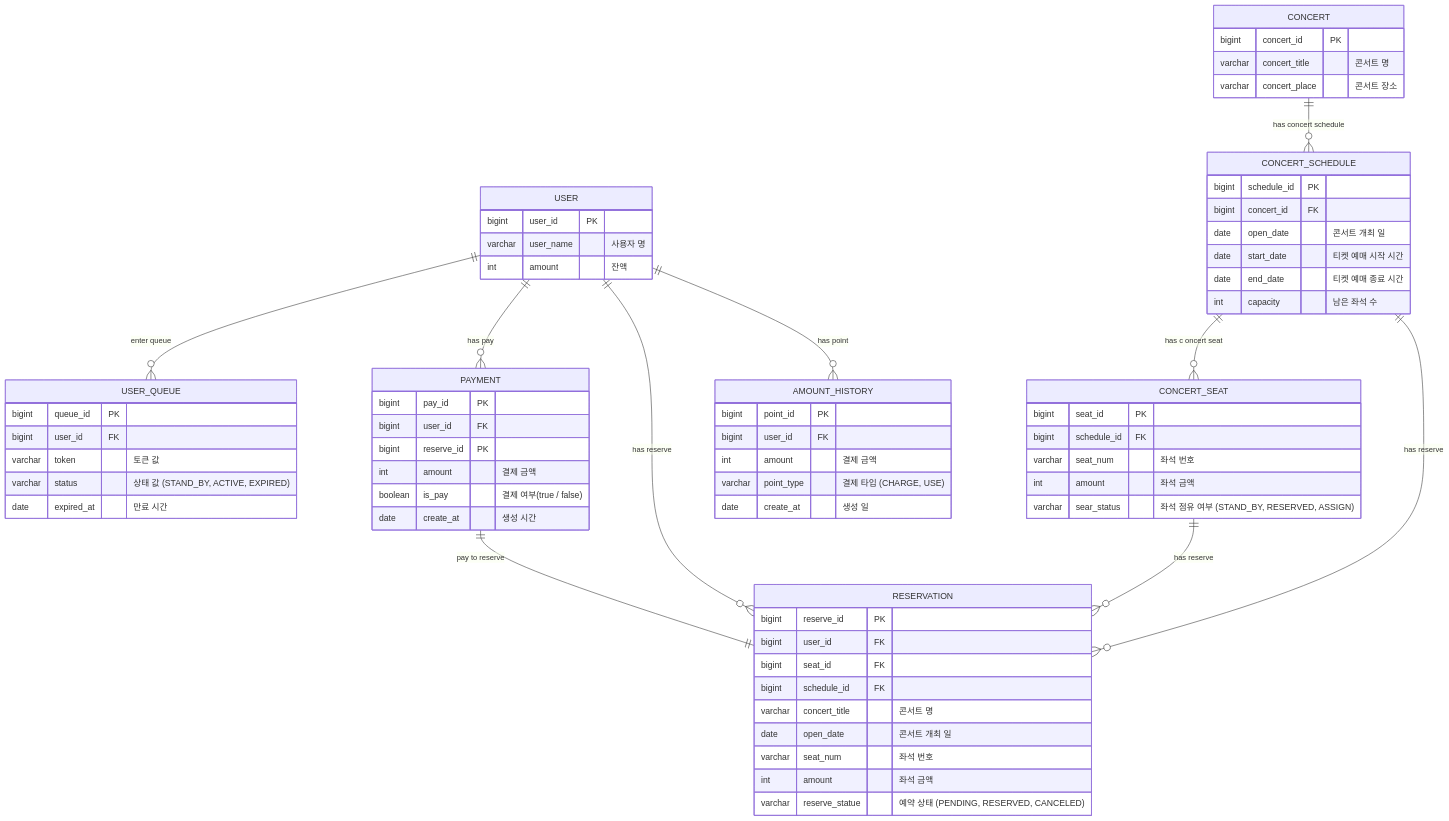
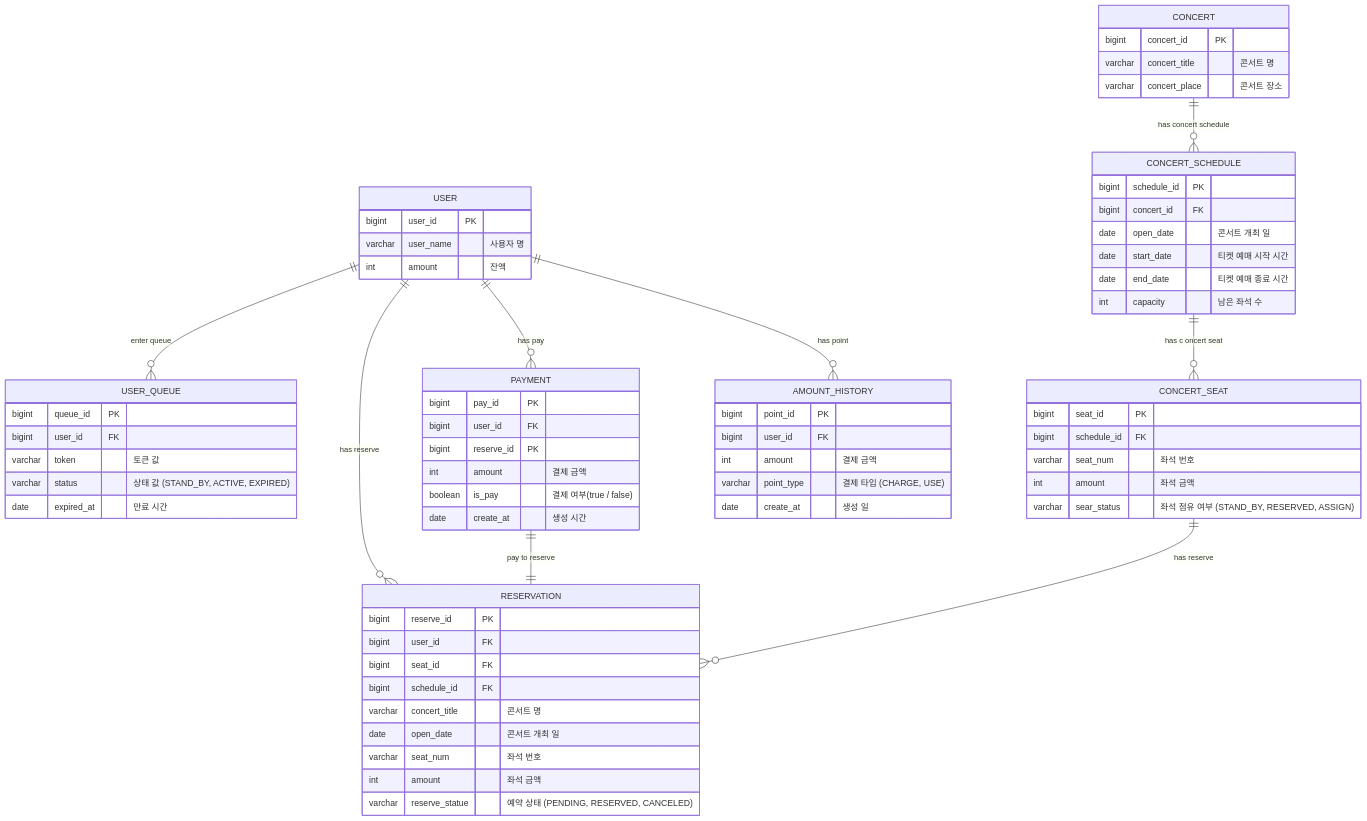
The diagram in docs/ERD.md (crimsorry/concert-service), drawn with Mermaid before and after one commit. The commit also changed other lines of this file and 32 other files, not shown here.

Commit message:
[docs] enum, 결제 패키지 구조 변경, erd, api, mock 명세 수정 - erd : 생명 주기가 다르기 떄문에 간접주기로 변경 - user > pay : 결제 정보이기 떄문에 패키지 구조 변경

````diff
--- a/docs/ERD.md
+++ b/docs/ERD.md
@@ -3,71 +3,70 @@
 ```mermaid
 erDiagram
     USER {
         bigint user_id PK
         varchar user_name "사용자 명"
         int amount "잔액"
     }
     USER_QUEUE {
         bigint queue_id PK
         bigint user_id FK
         varchar token "토큰 값"
         varchar status "상태 값 (STAND_BY, ACTIVE, EXPIRED)"
         date expired_at "만료 시간"
     }
     CONCERT {
         bigint concert_id PK
         varchar concert_title "콘서트 명"
         varchar concert_place "콘서트 장소"
     }
     CONCERT_SCHEDULE {
         bigint schedule_id PK
         bigint concert_id FK
         date open_date "콘서트 개최 일"
         date start_date "티켓 예매 시작 시간"
         date end_date "티켓 예매 종료 시간"
         int capacity "남은 좌석 수"
     }
     CONCERT_SEAT {
         bigint seat_id PK
         bigint schedule_id FK
         varchar seat_num "좌석 번호"
         int amount "좌석 금액"
         varchar sear_status "좌석 점유 여부 (STAND_BY, RESERVED, ASSIGN)"
     }
     PAYMENT {
         bigint pay_id PK
         bigint user_id FK
         bigint reserve_id PK
         int amount "결제 금액"
         boolean is_pay "결제 여부(true / false)"
         date create_at "생성 시간"
     }
     RESERVATION {
         bigint reserve_id PK
         bigint user_id FK
         bigint seat_id FK
         bigint schedule_id FK
         varchar concert_title "콘서트 명"
         date open_date "콘서트 개최 일"
         varchar seat_num "좌석 번호"
         int amount "좌석 금액"
         varchar reserve_statue "예약 상태 (PENDING, RESERVED, CANCELED)"
     }
     AMOUNT_HISTORY {
         bigint point_id PK
         bigint user_id FK
         int amount "결제 금액"
        	varchar point_type "결제 타입 (CHARGE, USE)"
         date create_at "생성 일"
     }
 	USER ||--o{ USER_QUEUE : "enter queue"
     USER ||--o{ PAYMENT : "has pay"
     USER ||--o{ RESERVATION : "has reserve"
     USER ||--o{ AMOUNT_HISTORY : "has point"
     CONCERT ||--o{ CONCERT_SCHEDULE : "has concert schedule"
     CONCERT_SCHEDULE ||--o{ CONCERT_SEAT : "has c oncert seat"
-    CONCERT_SCHEDULE ||--o{ RESERVATION : "has reserve"
     PAYMENT ||--|| RESERVATION : "pay to reserve"
     CONCERT_SEAT ||--o{ RESERVATION : "has reserve"
     
 ```
````
